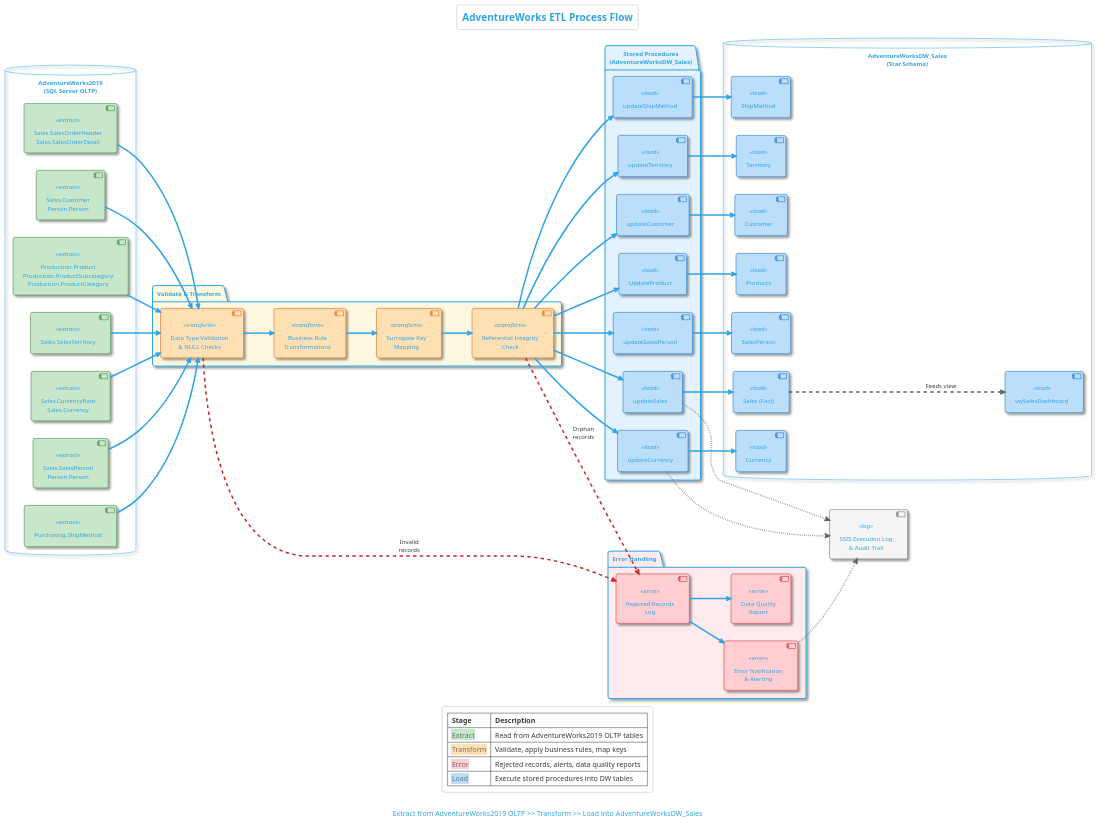
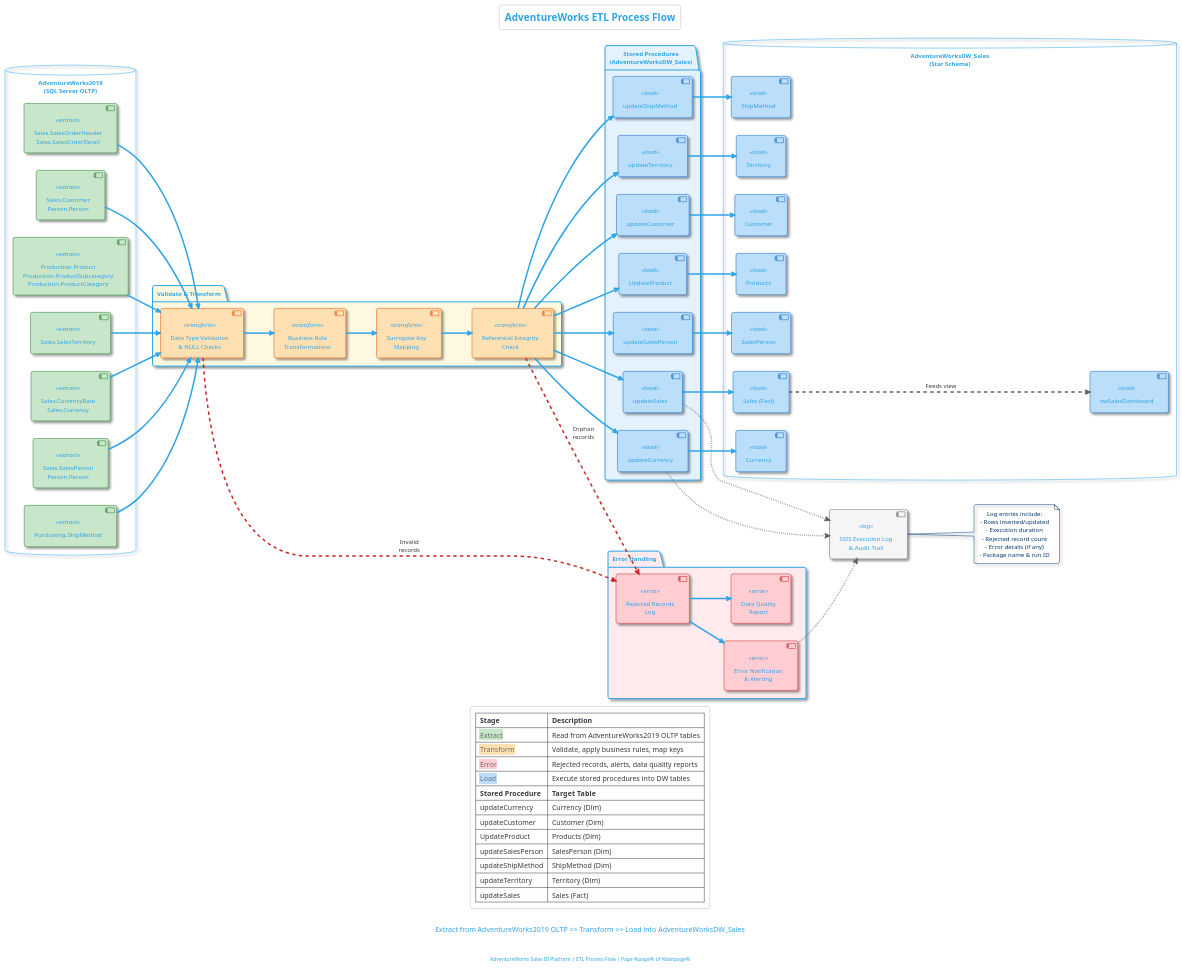
One commit to Youssef-ben-Abdallah/AdventureWorks changed the diagram in uml/business-intelligence/ETL_Process_Flow.puml. Above: the diagram before and after it, drawn with PlantUML. The commit also changed 92 other files, not shown here.

```diff
--- a/uml/business-intelligence/ETL_Process_Flow.puml
+++ b/uml/business-intelligence/ETL_Process_Flow.puml
@@ -1,142 +1,161 @@
 @startuml ETL_Process_Flow
 !theme cerulean-outline
 title AdventureWorks ETL Process Flow
 caption Extract from AdventureWorks2019 OLTP >> Transform >> Load into AdventureWorksDW_Sales
 
 skinparam defaultTextAlignment center
 skinparam shadowing true
 skinparam roundCorner 8
 
 skinparam component {
     BackgroundColor<<extract>> #C8E6C9
     BorderColor<<extract>> #2E7D32
     BackgroundColor<<transform>> #FFE0B2
     BorderColor<<transform>> #E65100
     BackgroundColor<<load>> #BBDEFB
     BorderColor<<load>> #1565C0
     BackgroundColor<<error>> #FFCDD2
     BorderColor<<error>> #C62828
     BackgroundColor<<log>> #F5F5F5
     BorderColor<<log>> #616161
 }
 
 left to right direction
 
 ' ════════════════════════════════════════
 ' Source
 ' ════════════════════════════════════════
 database "AdventureWorks2019\n(SQL Server OLTP)" as OLTP {
     [Sales.SalesOrderHeader\nSales.SalesOrderDetail] as T_Sales <<extract>>
     [Sales.Customer\nPerson.Person] as T_Cust <<extract>>
     [Production.Product\nProduction.ProductSubcategory\nProduction.ProductCategory] as T_Prod <<extract>>
     [Sales.SalesTerritory] as T_Terr <<extract>>
     [Sales.CurrencyRate\nSales.Currency] as T_Curr <<extract>>
     [Sales.SalesPerson\nPerson.Person] as T_SP <<extract>>
     [Purchasing.ShipMethod] as T_Ship <<extract>>
 }
 
 ' ════════════════════════════════════════
 ' Validation & Transformation
 ' ════════════════════════════════════════
 package "Validate & Transform" as VT #FFF8E1 {
     component "Data Type Validation\n& NULL Checks" as VALIDATE <<transform>>
     component "Business Rule\nTransformations" as TRANSFORM <<transform>>
     component "Surrogate Key\nMapping" as KEYMAP <<transform>>
     component "Referential Integrity\nCheck" as REFCHECK <<transform>>
 }
 
 ' ════════════════════════════════════════
 ' Error Handling
 ' ════════════════════════════════════════
 package "Error Handling" as ERRPKG #FFEBEE {
     component "Rejected Records\nLog" as REJECTED <<error>>
     component "Error Notification\n& Alerting" as ERRALERT <<error>>
     component "Data Quality\nReport" as DQREPORT <<error>>
 }
 
 ' ════════════════════════════════════════
 ' Stored Procedures (Load)
 ' ════════════════════════════════════════
 package "Stored Procedures\n(AdventureWorksDW_Sales)" as SPROCS #E3F2FD {
     component "updateCurrency" as SP_CURR <<load>>
     component "updateCustomer" as SP_CUST <<load>>
     component "UpdateProduct" as SP_PROD <<load>>
     component "updateSalesPerson" as SP_SP <<load>>
     component "updateShipMethod" as SP_SHIP <<load>>
     component "updateTerritory" as SP_TERR <<load>>
     component "updateSales" as SP_SALES <<load>>
 }
 
 ' ════════════════════════════════════════
 ' Target DW
 ' ════════════════════════════════════════
 database "AdventureWorksDW_Sales\n(Star Schema)" as DW {
     [Currency] as DW_CURR <<load>>
     [Customer] as DW_CUST <<load>>
     [Products] as DW_PROD <<load>>
     [SalesPerson] as DW_SP <<load>>
     [ShipMethod] as DW_SHIP <<load>>
     [Territory] as DW_TERR <<load>>
     [Sales (Fact)] as DW_FACT <<load>>
     [vwSalesDashboard] as DW_VIEW <<load>>
 }
 
 ' ════════════════════════════════════════
 ' Execution Log
 ' ════════════════════════════════════════
 component "SSIS Execution Log\n& Audit Trail" as AUDITLOG <<log>>
 
 ' ── Extract connections ──
 T_Curr --> VALIDATE
 T_Cust --> VALIDATE
 T_Prod --> VALIDATE
 T_SP --> VALIDATE
 T_Ship --> VALIDATE
 T_Terr --> VALIDATE
 T_Sales --> VALIDATE
 
 ' ── Transform flow ──
 VALIDATE --> TRANSFORM
 TRANSFORM --> KEYMAP
 KEYMAP --> REFCHECK
 
 ' ── Error branches ──
 VALIDATE -[#C62828,dashed]-> REJECTED : Invalid\nrecords
 REFCHECK -[#C62828,dashed]-> REJECTED : Orphan\nrecords
 REJECTED --> ERRALERT
 REJECTED --> DQREPORT
 
 ' ── Load via stored procs ──
 REFCHECK --> SP_CURR
 REFCHECK --> SP_CUST
 REFCHECK --> SP_PROD
 REFCHECK --> SP_SP
 REFCHECK --> SP_SHIP
 REFCHECK --> SP_TERR
 REFCHECK --> SP_SALES
 
 ' ── Into DW tables ──
 SP_CURR --> DW_CURR
 SP_CUST --> DW_CUST
 SP_PROD --> DW_PROD
 SP_SP --> DW_SP
 SP_SHIP --> DW_SHIP
 SP_TERR --> DW_TERR
 SP_SALES --> DW_FACT
 
 DW_FACT ..[#616161]..> DW_VIEW : Feeds view
 
 ' ── Logging ──
 SP_CURR -[#616161,dotted]-> AUDITLOG
 SP_SALES -[#616161,dotted]-> AUDITLOG
 ERRALERT -[#616161,dotted]-> AUDITLOG
 
 legend bottom
   |= Stage |= Description |
   | <back:#C8E6C9>Extract</back> | Read from AdventureWorks2019 OLTP tables |
   | <back:#FFE0B2>Transform</back> | Validate, apply business rules, map keys |
   | <back:#FFCDD2>Error</back> | Rejected records, alerts, data quality reports |
   | <back:#BBDEFB>Load</back> | Execute stored procedures into DW tables |
+  |= Stored Procedure |= Target Table |
+  | updateCurrency | Currency (Dim) |
+  | updateCustomer | Customer (Dim) |
+  | UpdateProduct | Products (Dim) |
+  | updateSalesPerson | SalesPerson (Dim) |
+  | updateShipMethod | ShipMethod (Dim) |
+  | updateTerritory | Territory (Dim) |
+  | updateSales | Sales (Fact) |
 endlegend
 
+note right of AUDITLOG
+    Log entries include:
+    - Rows inserted/updated
+    - Execution duration
+    - Rejected record count
+    - Error details (if any)
+    - Package name & run ID
+end note
+
+footer AdventureWorks Sales BI Platform | ETL Process Flow | Page %page% of %lastpage%
+
 @enduml
```
